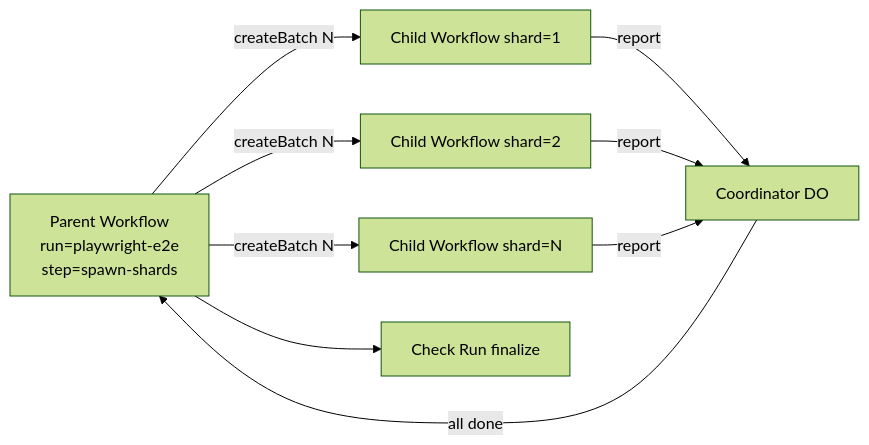
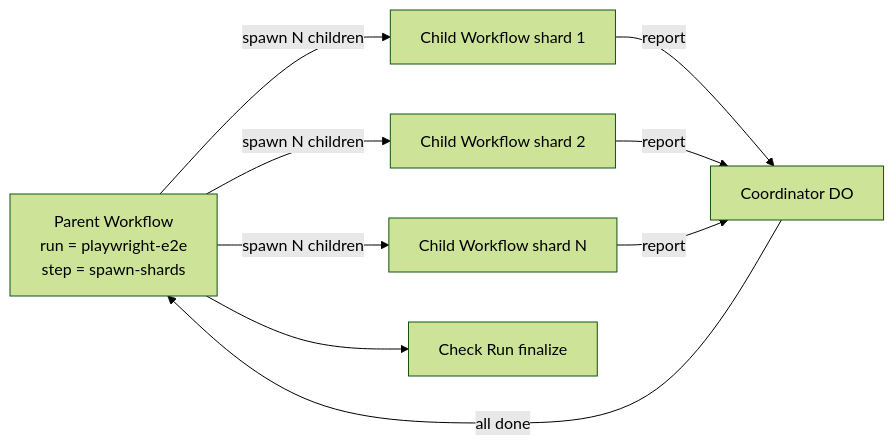
The third of 3 diagrams in specs/01-architecture.md (OpenHackersClub/flare-dispatch), drawn with Mermaid (forest theme) before and after one commit. The commit also changed other lines of this file and 15 other files, not shown here.

First line of the commit message:
docs: restructure architecture, add recipes cookbook and pm/

````diff
--- a/specs/01-architecture.md
+++ b/specs/01-architecture.md
@@ -184,11 +151,11 @@
 ```mermaid
 flowchart LR
-  P[Parent Workflow<br/>run=playwright-e2e<br/>step=spawn-shards] -->|createBatch N| C1[Child Workflow shard=1]
-  P -->|createBatch N| C2[Child Workflow shard=2]
-  P -->|createBatch N| Cn[Child Workflow shard=N]
+  P[Parent Workflow<br/>run = playwright-e2e<br/>step = spawn-shards] -->|spawn N children| C1[Child Workflow shard 1]
+  P -->|spawn N children| C2[Child Workflow shard 2]
+  P -->|spawn N children| Cn[Child Workflow shard N]
   C1 -->|report| CO[Coordinator DO]
   C2 -->|report| CO
   Cn -->|report| CO
   CO -->|all done| P
   P --> CHK[Check Run finalize]
 ```
````
